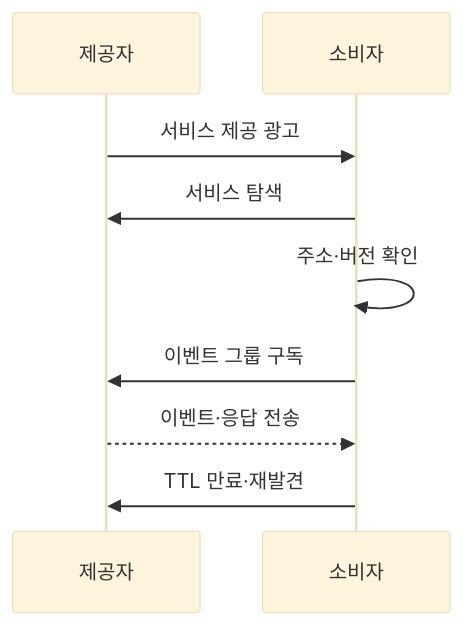
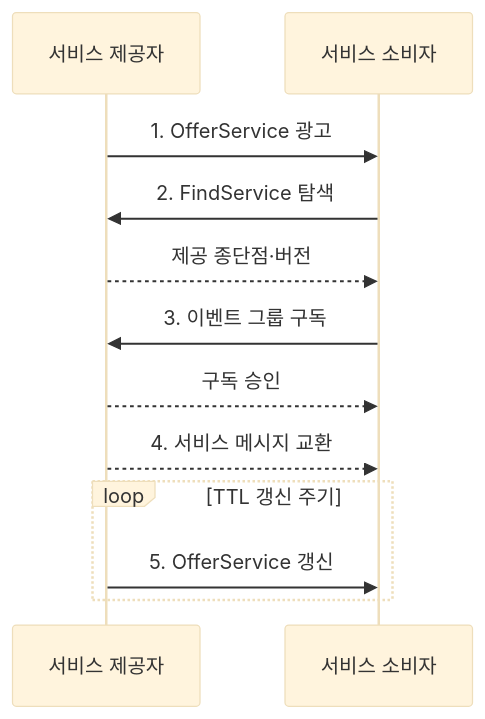
Before and after one commit to agnusdei1207/knowledge-base: the second of 2 diagrams in src/content/docs/notes/04-network/082_some_ip_automotive_ethernet.md, drawn with Mermaid (base theme). The commit also changed other lines of this file and 11 other files, not shown here.

````diff
--- a/src/content/docs/notes/04-network/082_some_ip_automotive_ethernet.md
+++ b/src/content/docs/notes/04-network/082_some_ip_automotive_ethernet.md
@@ -82,11 +79,14 @@
 ```mermaid
 sequenceDiagram
-    participant 제공자
-    participant 소비자
-    제공자->>소비자: 서비스 제공 광고
-    소비자->>제공자: 서비스 탐색
-    소비자->>소비자: 주소·버전 확인
-    소비자->>제공자: 이벤트 그룹 구독
-    제공자-->>소비자: 이벤트·응답 전송
-    소비자->>제공자: TTL 만료·재발견
+    participant P as 서비스 제공자
+    participant C as 서비스 소비자
+    P->>C: 1. OfferService 광고
+    C->>P: 2. FindService 탐색
+    P-->>C: 제공 종단점·버전
+    C->>P: 3. 이벤트 그룹 구독
+    P-->>C: 구독 승인
+    P-->>C: 4. 서비스 메시지 교환
+    loop TTL 갱신 주기
+        P->>C: 5. OfferService 갱신
+    end
 ```
````
